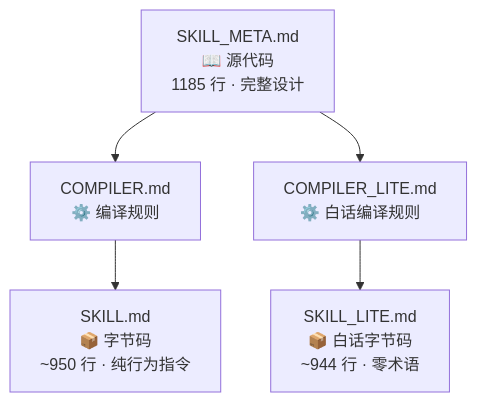
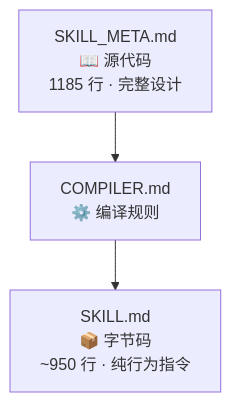
Before and after one commit to share-skills/pi: the first of 2 diagrams in docs/WHY_COMPILER.md, drawn with Mermaid. The commit also changed other lines of this file and 26 other files, not shown here.

````diff
--- a/docs/WHY_COMPILER.md
+++ b/docs/WHY_COMPILER.md
@@ -43,11 +43,8 @@
 ```mermaid
 flowchart TD
     META["SKILL_META.md<br/>📖 源代码<br/>1185 行 · 完整设计"]
     COMPILER["COMPILER.md<br/>⚙️ 编译规则"]
-    COMPILER_LITE["COMPILER_LITE.md<br/>⚙️ 白话编译规则"]
     SKILL["SKILL.md<br/>📦 字节码<br/>~950 行 · 纯行为指令"]
-    LITE["SKILL_LITE.md<br/>📦 白话字节码<br/>~944 行 · 零术语"]
 
     META --> COMPILER --> SKILL
-    META --> COMPILER_LITE --> LITE
 ```
````
